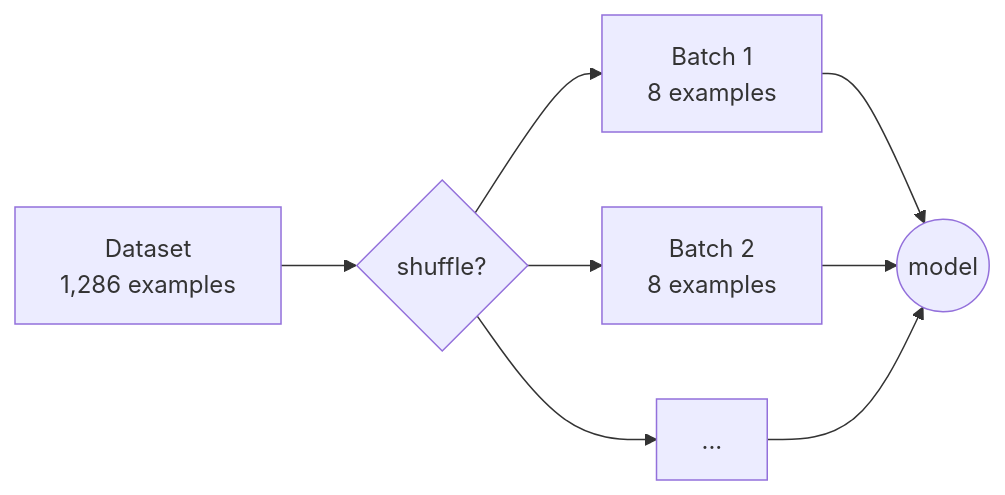
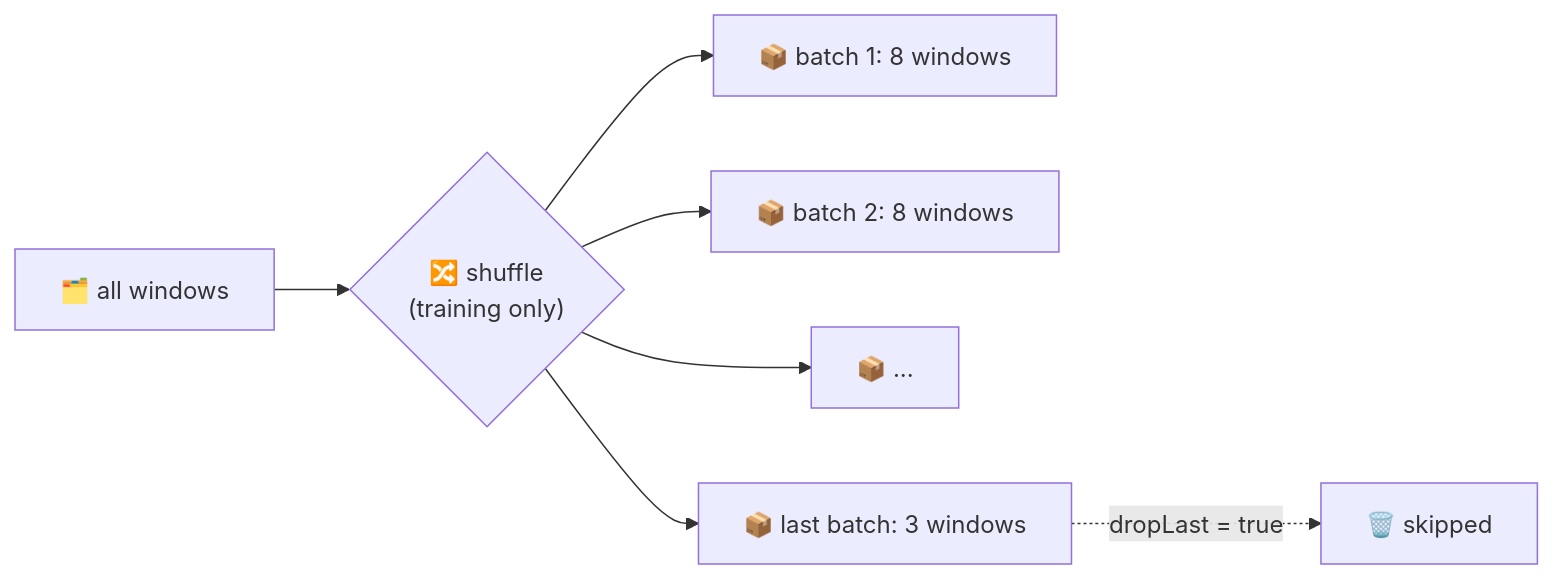
Before and after one commit to Ranjeet0611/tinygpt: the fifth of 8 diagrams in docs/02-training-data.md, drawn with Mermaid. The commit also changed other lines of this file and 9 other files, not shown here.

````diff
--- a/docs/02-training-data.md
+++ b/docs/02-training-data.md
@@ -68,8 +89,9 @@
 ```mermaid
 flowchart LR
-    D["Dataset<br/>1,286 examples"] --> SH{"shuffle?"}
-    SH --> B1["Batch 1<br/>8 examples"]
-    SH --> B2["Batch 2<br/>8 examples"]
-    SH --> B3["..."]
-    B1 & B2 & B3 --> M(("model"))
+    D["🗂️ all windows"] --> SH{"🔀 shuffle<br/>(training only)"}
+    SH --> B1["📦 batch 1: 8 windows"]
+    SH --> B2["📦 batch 2: 8 windows"]
+    SH --> B3["📦 ..."]
+    SH --> BL["📦 last batch: 3 windows"]
+    BL -.->|"dropLast = true"| X["🗑️ skipped"]
 ```
````
